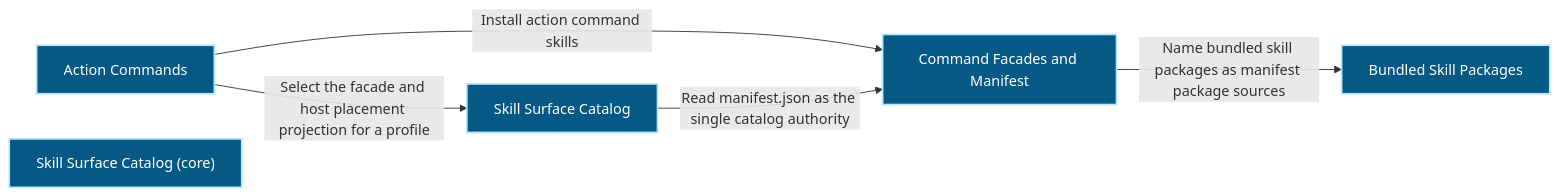
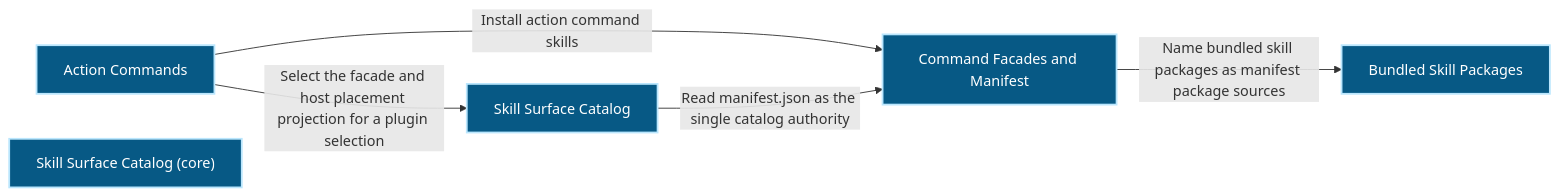
The first of 3 diagrams in docs/architecture/modules/public-surface/action-commands.md (Ancienttwo/repo-harness), drawn with Mermaid before and after one commit. The commit also changed other lines of this file and 14 other files, not shown here.

First line of the commit message:
chore(projection): refresh generated architecture outputs for main@ccdc0587af67

````diff
--- a/docs/architecture/modules/public-surface/action-commands.md
+++ b/docs/architecture/modules/public-surface/action-commands.md
@@ -15,16 +15,16 @@
 ```mermaid
 flowchart LR
   p1_capability_public_surface_action_commands_26efab87["Action Commands"]:::component
   p1_component_action_commands_bundled_skills_d9a66507["Bundled Skill Packages"]:::component
   p1_component_action_commands_primary_c9e77bd1["Command Facades and Manifest"]:::component
   p1_component_action_commands_skill_surface_catalog_a72c29bc["Skill Surface Catalog"]:::component
   p1_component_action_commands_skill_surface_catalog_core_988720fd["Skill Surface Catalog (core)"]:::component
   p1_capability_public_surface_action_commands_26efab87 -->|"Install action command skills"| p1_component_action_commands_primary_c9e77bd1
   p1_component_action_commands_primary_c9e77bd1 -->|"Name bundled skill packages as manifest package sources"| p1_component_action_commands_bundled_skills_d9a66507
-  p1_capability_public_surface_action_commands_26efab87 -->|"Select the facade and host placement projection for a profile"| p1_component_action_commands_skill_surface_catalog_a72c29bc
+  p1_capability_public_surface_action_commands_26efab87 -->|"Select the facade and host placement projection for a plugin selection"| p1_component_action_commands_skill_surface_catalog_a72c29bc
   p1_component_action_commands_skill_surface_catalog_a72c29bc -->|"Read manifest.json as the single catalog authority"| p1_component_action_commands_primary_c9e77bd1
   classDef actor fill:#111827,color:#ffffff,stroke:#f9fafb,stroke-width:2px
   classDef component fill:#075985,color:#ffffff,stroke:#bae6fd,stroke-width:2px
   classDef datastore fill:#3f6212,color:#ffffff,stroke:#d9f99d,stroke-width:2px
   classDef external fill:#7c2d12,color:#ffffff,stroke:#fed7aa,stroke-width:2px
 ```
````
